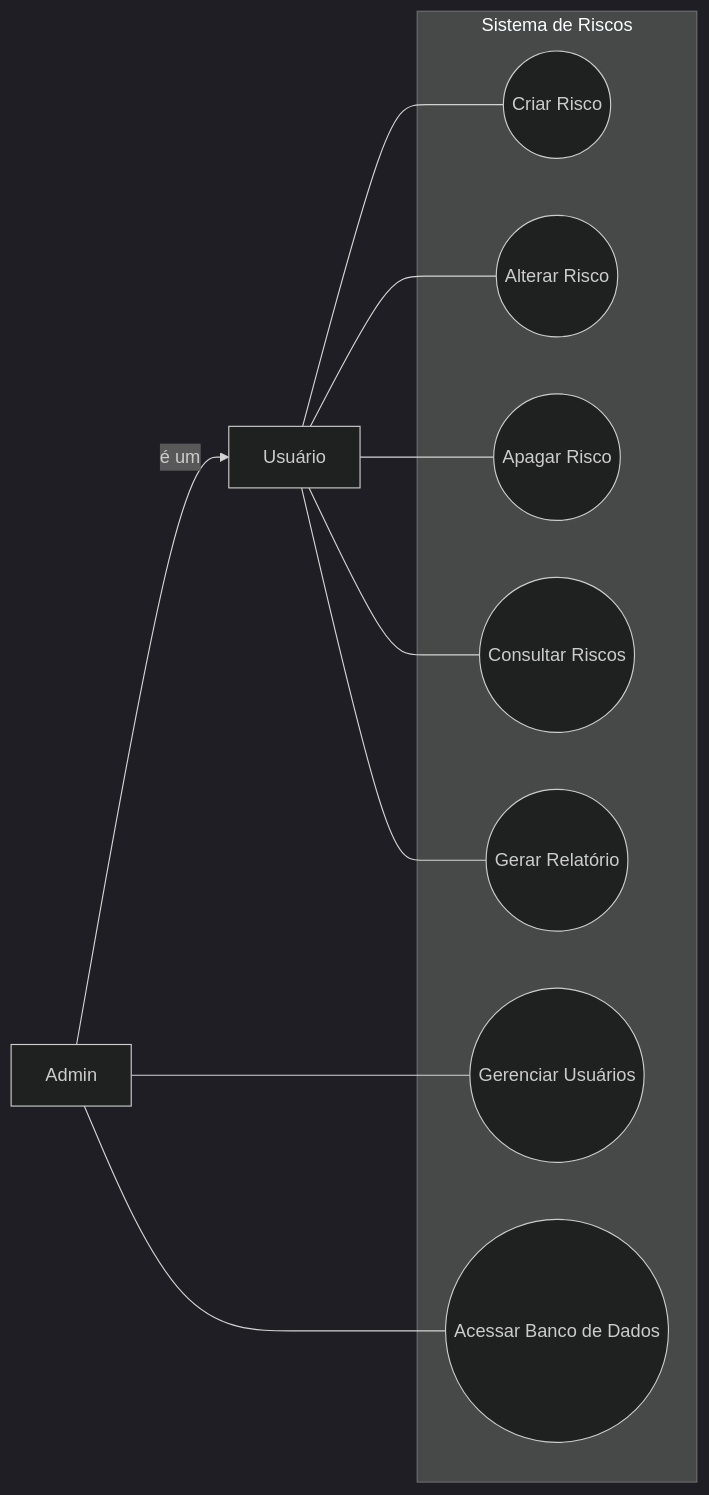
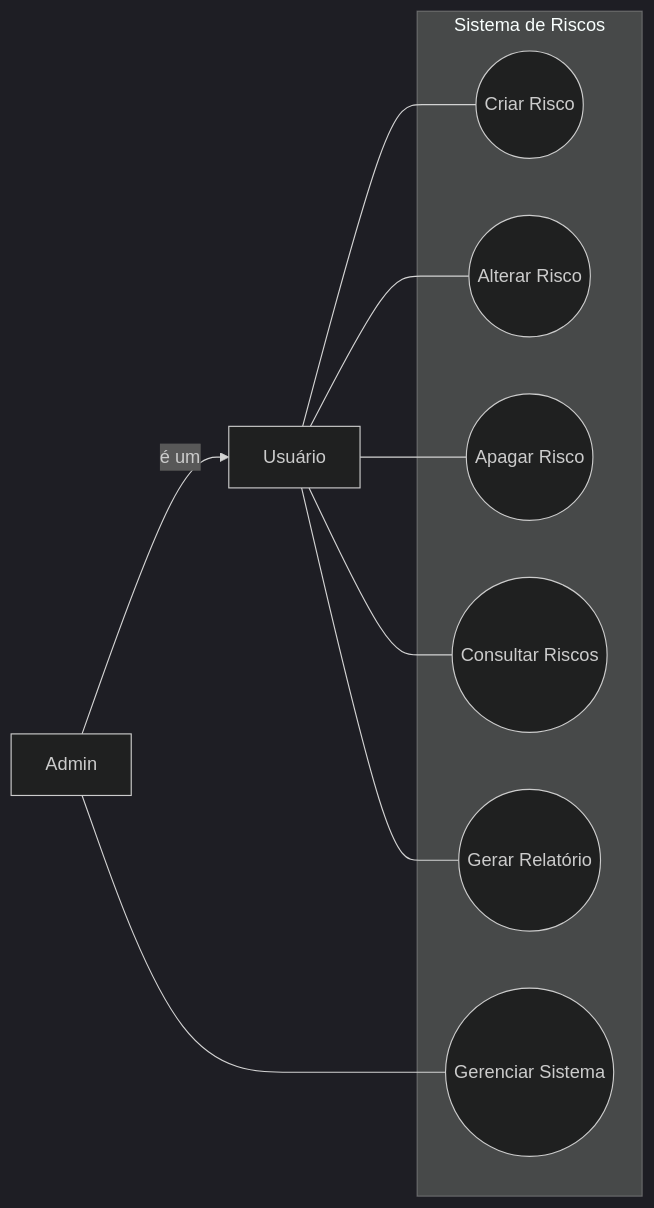
One commit to CTISM-Prof-Henry/software-formularios-seriemas-da-internet changed the first of 2 diagrams in README.md. Above: the diagram before and after it, drawn with Mermaid (dark theme). The commit also changed other lines of this file, not shown here.

````diff
--- a/README.md
+++ b/README.md
@@ -26,26 +26,25 @@
 ``` mermaid
 graph LR
     subgraph Sistema ["Sistema de Riscos"]
         UC1((Criar Risco))
         UC2((Alterar Risco))
         UC3((Apagar Risco))
         UC4((Consultar Riscos))
         UC5((Gerar Relatório))
-        UC6((Gerenciar Usuários))
-        UC7((Acessar Banco de Dados))
+        UC6((Gerenciar Sistema))
     end
 
     U[Usuário]
     A[Admin]
 
     U --- UC1
     U --- UC2
     U --- UC3
     U --- UC4
     U --- UC5
 
     A --- UC6
-    A --- UC7
+    
     
     A -- é um --> U
 ```
````
